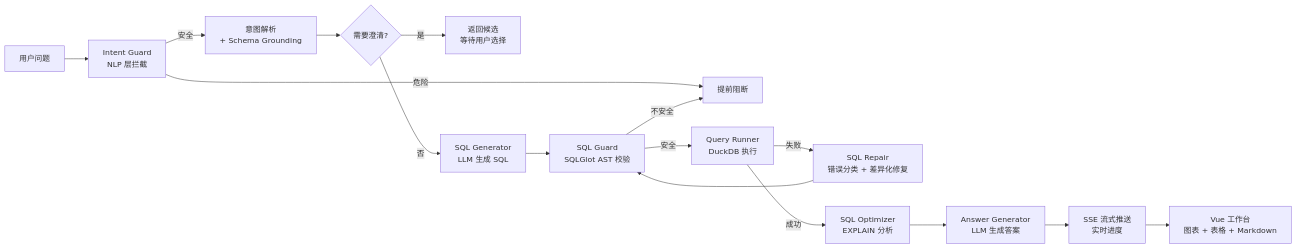
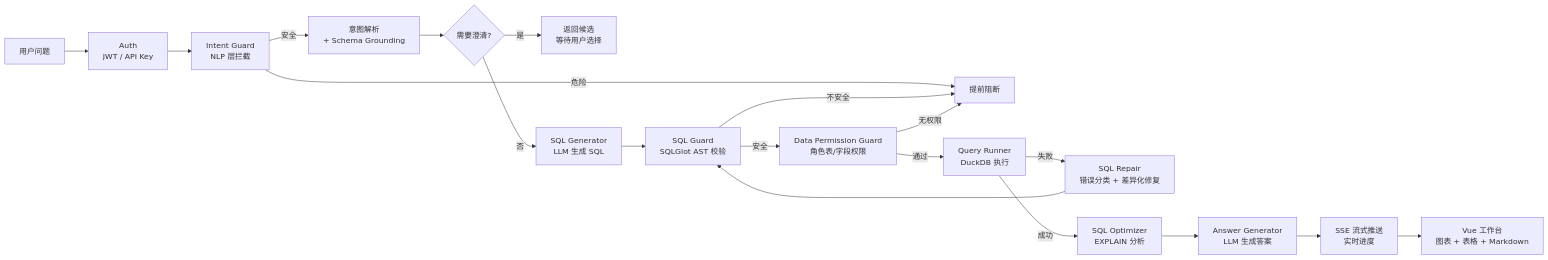
Before and after one commit to DKY0717/data_analyst_agent: the diagram in README.md, drawn with Mermaid. The commit also changed other lines of this file and 2 other files, not shown here.

Commit message:
docs: document auth governance

````diff
--- a/README.md
+++ b/README.md
@@ -17,18 +17,21 @@
 ```mermaid
 flowchart LR
-    Q[用户问题] --> Intent[Intent Guard<br/>NLP 层拦截]
+    Q[用户问题] --> Auth[Auth<br/>JWT / API Key]
+    Auth --> Intent[Intent Guard<br/>NLP 层拦截]
     Intent -->|安全| AI[意图解析<br/>+ Schema Grounding]
     Intent -->|危险| Block[提前阻断]
     AI --> Clarify{需要澄清?}
     Clarify -->|是| Ask[返回候选<br/>等待用户选择]
     Clarify -->|否| G[SQL Generator<br/>LLM 生成 SQL]
     G --> Guard[SQL Guard<br/>SQLGlot AST 校验]
     Guard -->|不安全| Block
-    Guard -->|安全| Exec[Query Runner<br/>DuckDB 执行]
+    Guard -->|安全| Perm[Data Permission Guard<br/>角色表/字段权限]
+    Perm -->|无权限| Block
+    Perm -->|通过| Exec[Query Runner<br/>DuckDB 执行]
     Exec -->|失败| Repair[SQL Repair<br/>错误分类 + 差异化修复]
     Repair --> Guard
     Exec -->|成功| Opt[SQL Optimizer<br/>EXPLAIN 分析]
     Opt --> Ans[Answer Generator<br/>LLM 生成答案]
     Ans --> SSE[SSE 流式推送<br/>实时进度]
     SSE --> UI[Vue 工作台<br/>图表 + 表格 + Markdown]
 ```
````
